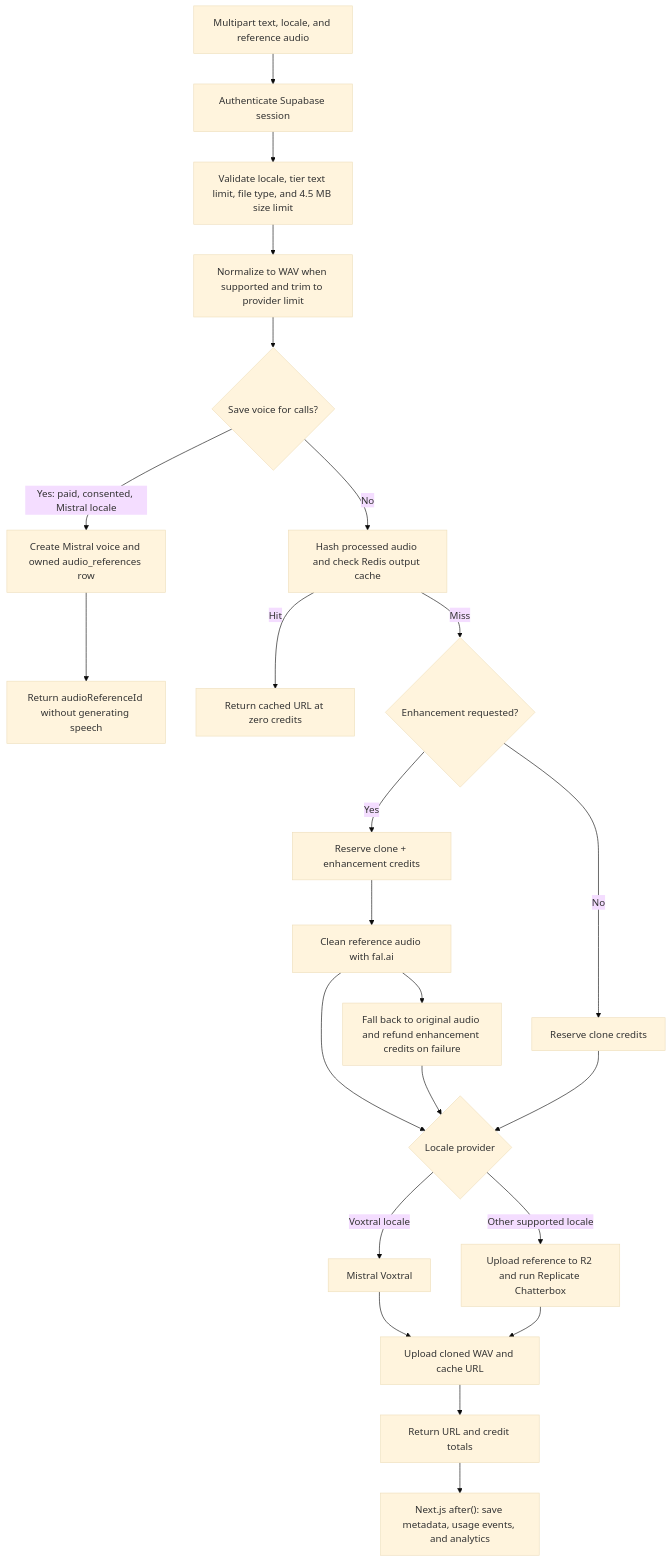
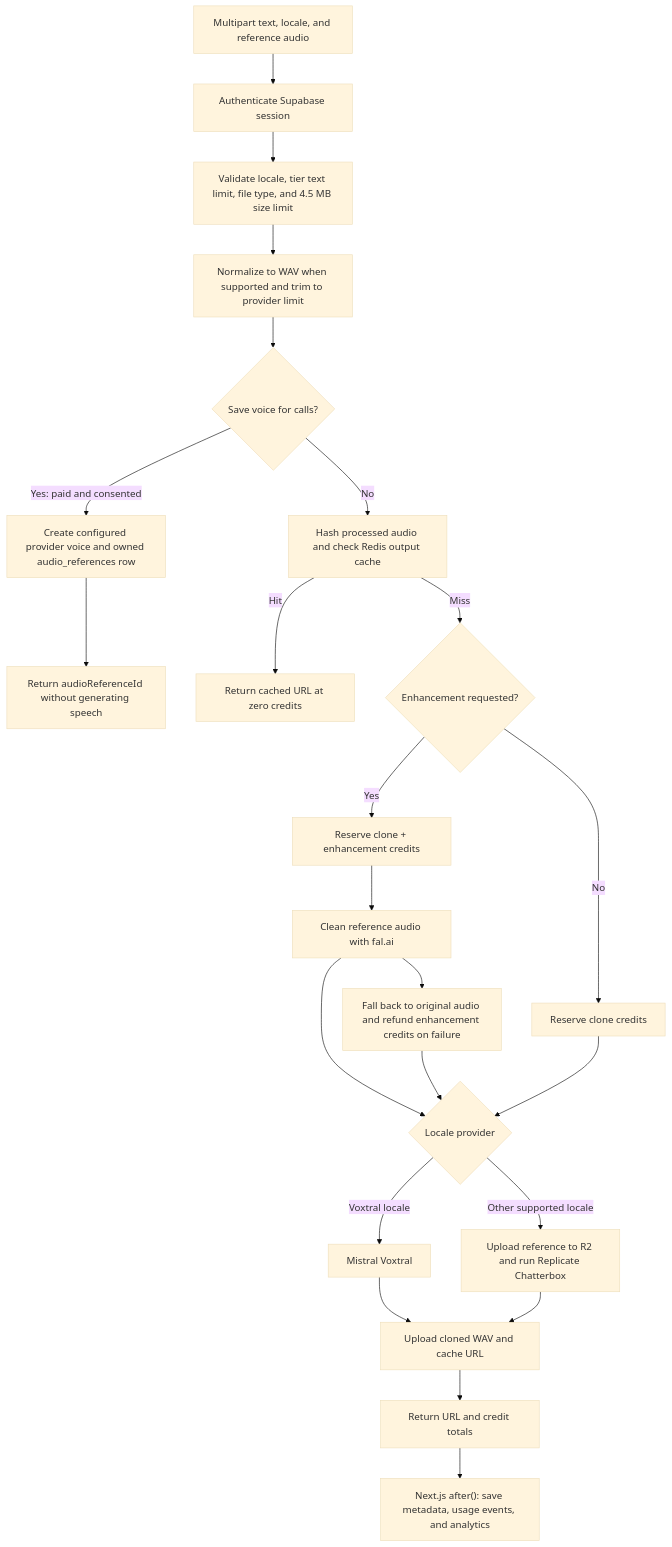
Before and after one commit to gianpaj/sexyvoice: the fourth of 5 diagrams in ARCHITECTURE.md, drawn with Mermaid (base theme). The commit also changed other lines of this file and 34 other files, not shown here.

````diff
--- a/ARCHITECTURE.md
+++ b/ARCHITECTURE.md
@@ -197,25 +197,25 @@
 ```mermaid
 flowchart TD
     A["Multipart text, locale, and reference audio"] --> B["Authenticate Supabase session"]
     B --> C["Validate locale, tier text limit, file type, and 4.5 MB size limit"]
     C --> D["Normalize to WAV when supported and trim to provider limit"]
     D --> S{"Save voice for calls?"}
-    S -->|"Yes: paid, consented, Mistral locale"| T["Create Mistral voice and owned audio_references row"]
+    S -->|"Yes: paid and consented"| T["Create configured provider voice and owned audio_references row"]
     T --> U["Return audioReferenceId without generating speech"]
     S -->|"No"| E["Hash processed audio and check Redis output cache"]
     E -->|"Hit"| F["Return cached URL at zero credits"]
     E -->|"Miss"| G{"Enhancement requested?"}
     G -->|"Yes"| H["Reserve clone + enhancement credits"]
     H --> I["Clean reference audio with fal.ai"]
     I --> J["Fall back to original audio and refund enhancement credits on failure"]
     G -->|"No"| K["Reserve clone credits"]
     I --> L{"Locale provider"}
     J --> L
     K --> L
     L -->|"Voxtral locale"| M["Mistral Voxtral"]
     L -->|"Other supported locale"| N["Upload reference to R2 and run Replicate Chatterbox"]
     M --> O["Upload cloned WAV and cache URL"]
     N --> O
     O --> P["Return URL and credit totals"]
     P --> Q["Next.js after(): save metadata, usage events, and analytics"]
 ```
````
